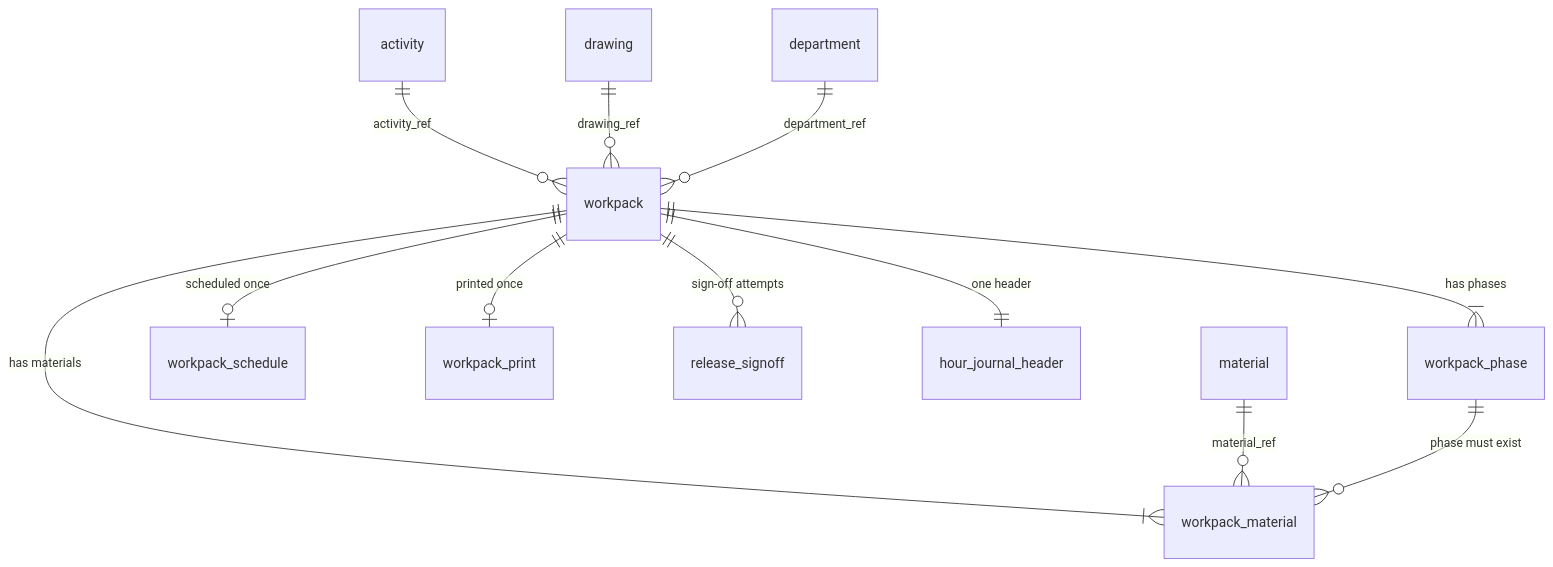
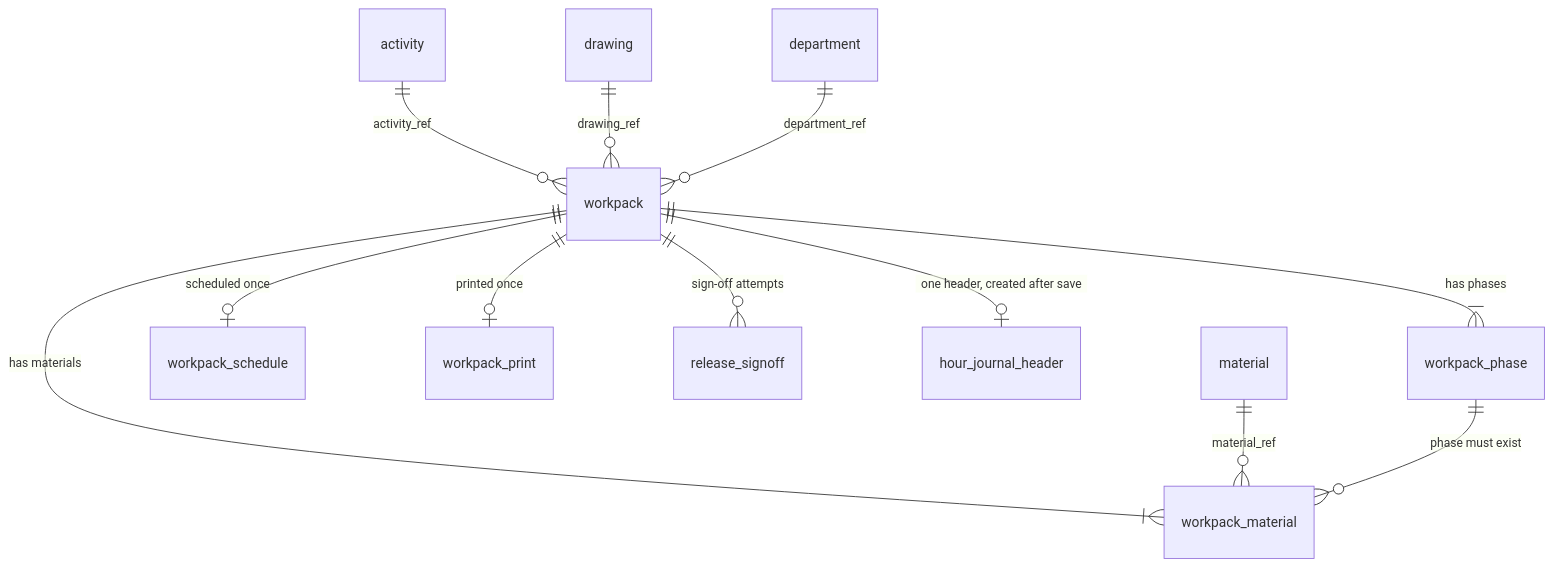
The first of 4 diagrams in docs/data-model.md (Low-Code-Solutions/star-bpa-poc), drawn with Mermaid before and after one commit. The commit also changed other lines of this file and 2 other files, not shown here.

````diff
--- a/docs/data-model.md
+++ b/docs/data-model.md
@@ -156,14 +207,14 @@
 ```mermaid
 erDiagram
     activity ||--o{ workpack : "activity_ref"
     drawing ||--o{ workpack : "drawing_ref"
     department ||--o{ workpack : "department_ref"
     workpack ||--|{ workpack_phase : "has phases"
     workpack ||--|{ workpack_material : "has materials"
     workpack ||--o| workpack_schedule : "scheduled once"
     workpack ||--o| workpack_print : "printed once"
     workpack ||--o{ release_signoff : "sign-off attempts"
-    workpack ||--|| hour_journal_header : "one header"
+    workpack ||--o| hour_journal_header : "one header, created after save"
     material ||--o{ workpack_material : "material_ref"
     workpack_phase ||--o{ workpack_material : "phase must exist"
 ```
````
